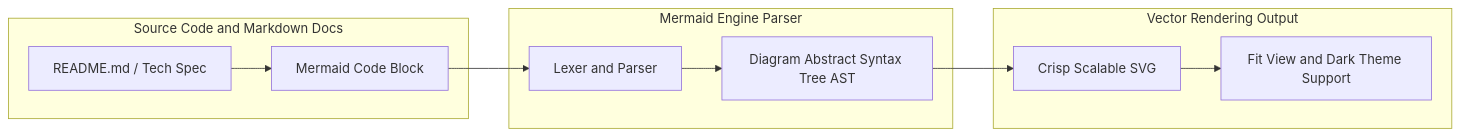
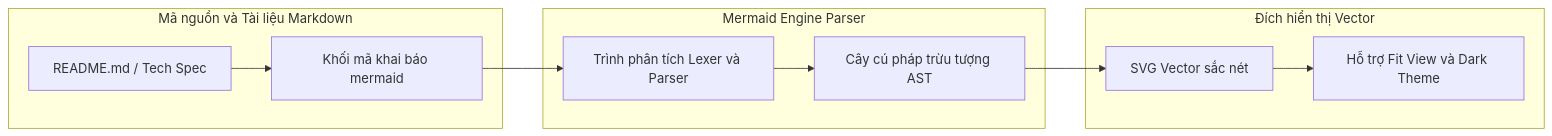
One commit to ga2631/ga2631.github.io changed the first of 2 diagrams in src/data/blog/en/26-2026-09-16-mastering-mermaid-diagrams-as-code-architecture-tooling.md. Above: the diagram before and after it, drawn with Mermaid. The commit also changed other lines of this file and 230 other files, not shown here.

````diff
--- a/src/data/blog/en/26-2026-09-16-mastering-mermaid-diagrams-as-code-architecture-tooling.md
+++ b/src/data/blog/en/26-2026-09-16-mastering-mermaid-diagrams-as-code-architecture-tooling.md
@@ -37,23 +37,23 @@
 ```mermaid
 flowchart LR
-    subgraph SourceCode [Source Code and Markdown Docs]
+    subgraph SourceCode [Mã nguồn và Tài liệu Markdown]
         MD[README.md / Tech Spec]
-        MermaidCode[Mermaid Code Block]
+        MermaidCode[Khối mã khai báo mermaid]
     end
 
     subgraph CompilerEngine [Mermaid Engine Parser]
-        Lexer[Lexer and Parser]
-        AST[Diagram Abstract Syntax Tree AST]
+        Lexer[Trình phân tích Lexer và Parser]
+        AST[Cây cú pháp trừu tượng AST]
     end
 
-    subgraph RenderTarget [Vector Rendering Output]
-        SVG[Crisp Scalable SVG]
-        InteractiveUI[Fit View and Dark Theme Support]
+    subgraph RenderTarget [Đích hiển thị Vector]
+        SVG[SVG Vector sắc nét]
+        InteractiveUI[Hỗ trợ Fit View và Dark Theme]
     end
 
     MD --> MermaidCode
     MermaidCode --> Lexer
     Lexer --> AST
     AST --> SVG
     SVG --> InteractiveUI
 ```
````
